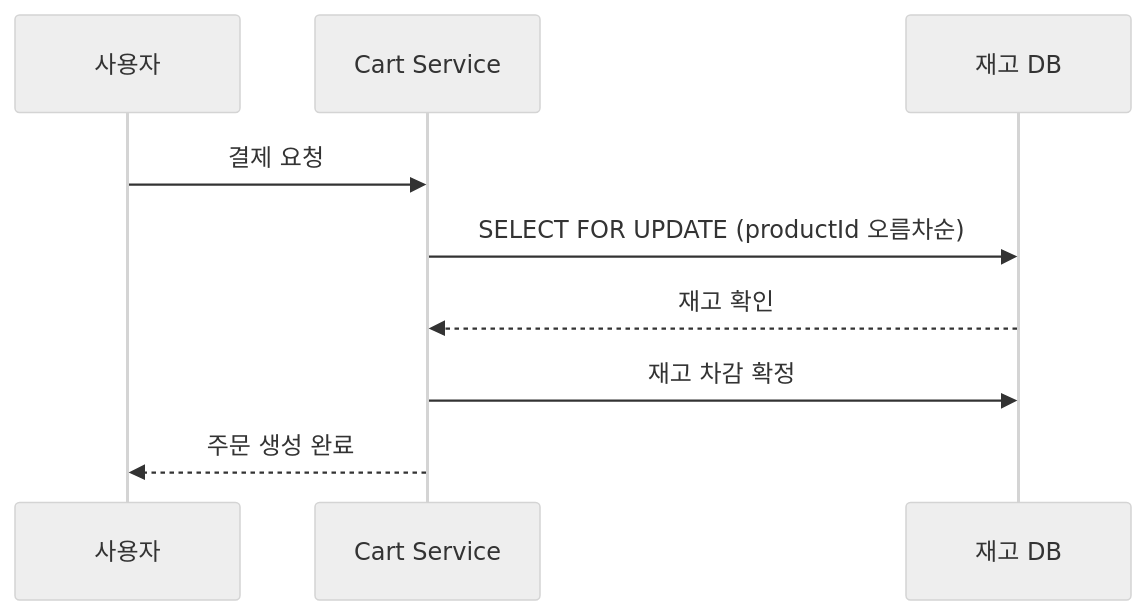
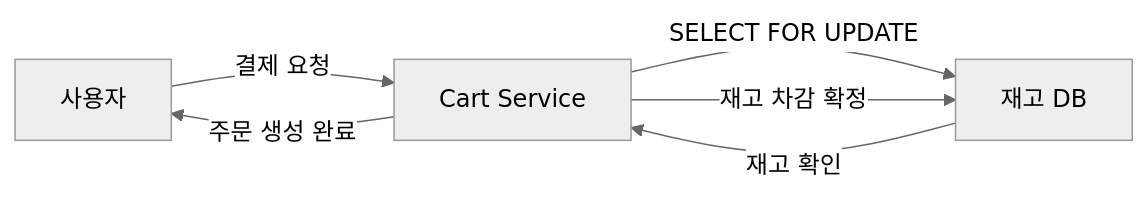
The third of 3 diagrams in _posts/systemdesign/2026-05-11-system-design-shopping-cart.md (yjkim2015/yjkim2015.github.io), drawn with Mermaid (neutral theme) before and after one commit. The commit also changed other lines of this file and 84 other files, not shown here.

First line of the commit message:
85개 포스트 Mermaid 다이어그램 규칙 일괄 수정

````diff
--- a/_posts/systemdesign/2026-05-11-system-design-shopping-cart.md
+++ b/_posts/systemdesign/2026-05-11-system-design-shopping-cart.md
@@ -151,11 +148,8 @@
 ```mermaid
-sequenceDiagram
-    participant U as 사용자
-    participant CS as Cart Service
-    participant IS as 재고 DB
-    U->>CS: 결제 요청
-    CS->>IS: SELECT FOR UPDATE (productId 오름차순)
-    IS-->>CS: 재고 확인
-    CS->>IS: 재고 차감 확정
-    CS-->>U: 주문 생성 완료
+graph LR
+    A[사용자] -->|결제 요청| B[Cart Service]
+    B -->|SELECT FOR UPDATE| C[재고 DB]
+    C -->|재고 확인| B
+    B -->|재고 차감 확정| C
+    B -->|주문 생성 완료| A
 ```
````
